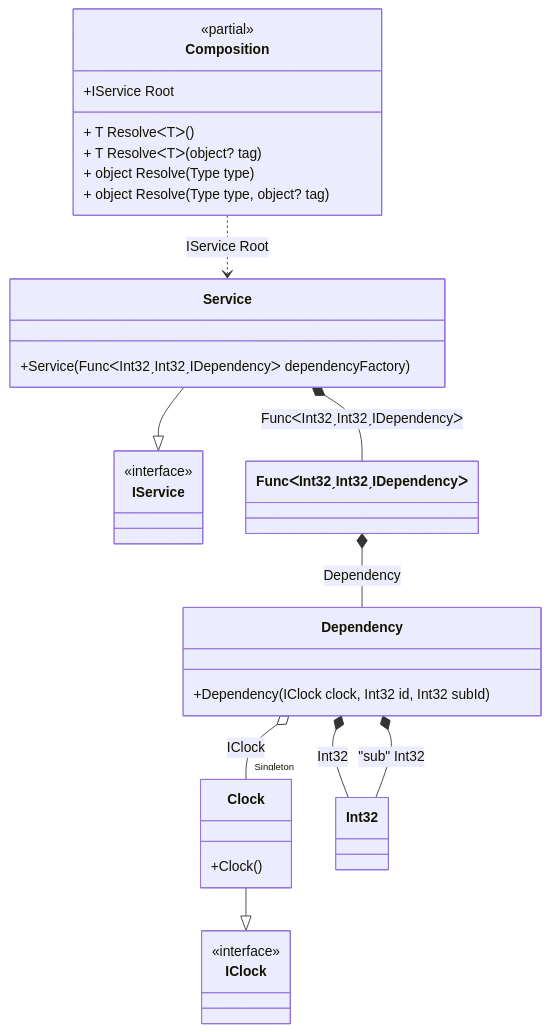
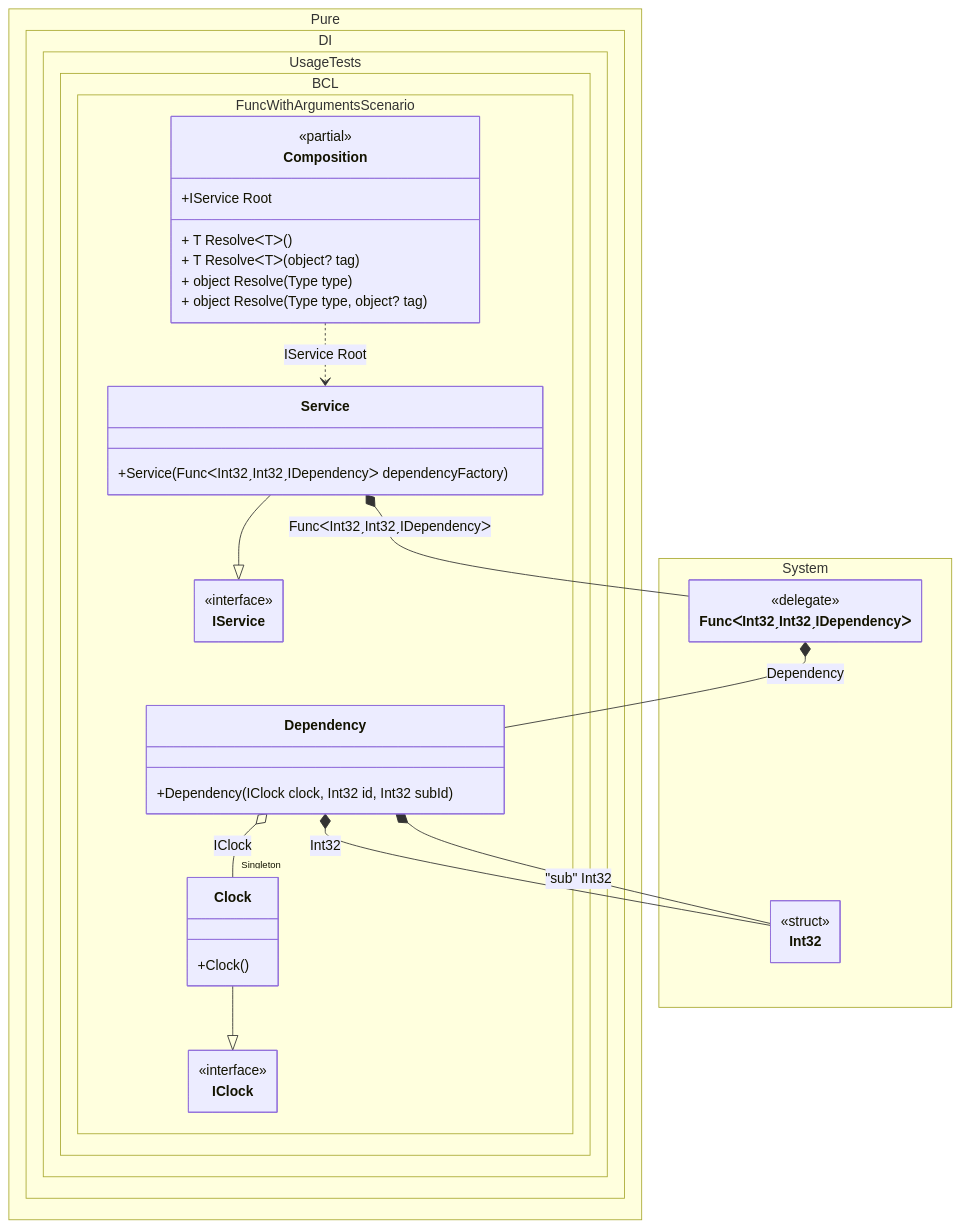
The diagram in readme/func-with-arguments.md (DevTeam/Pure.DI), drawn with Mermaid before and after one commit. The commit also changed 103 other files, not shown here.

Commit message:
Improved class diagrams

````diff
--- a/readme/func-with-arguments.md
+++ b/readme/func-with-arguments.md
@@ -258,36 +258,49 @@
 ```mermaid
+---
+ config:
+  class:
+   hideEmptyMembersBox: true
+---
 classDiagram
-	class Composition {
+	Service --|> IService
+	Clock --|> IClock
+	Composition ..> Service : IService Root
+	Service *--  FuncᐸInt32ˏInt32ˏIDependencyᐳ : FuncᐸInt32ˏInt32ˏIDependencyᐳ
+	FuncᐸInt32ˏInt32ˏIDependencyᐳ *--  Dependency : Dependency
+	Dependency o-- "Singleton" Clock : IClock
+	Dependency *--  Int32 : Int32
+	Dependency *--  Int32 : "sub"  Int32
+	namespace Pure.DI.UsageTests.BCL.FuncWithArgumentsScenario {
+		class Clock {
+			+Clock()
+		}
+		class Composition {
 		<<partial>>
 		+IService Root
 		+ T ResolveᐸTᐳ()
 		+ T ResolveᐸTᐳ(object? tag)
 		+ object Resolve(Type type)
 		+ object Resolve(Type type, object? tag)
+		}
+		class Dependency {
+			+Dependency(IClock clock, Int32 id, Int32 subId)
+		}
+		class IClock {
+			<<interface>>
+		}
+		class IService {
+			<<interface>>
+		}
+		class Service {
+			+Service(FuncᐸInt32ˏInt32ˏIDependencyᐳ dependencyFactory)
+		}
 	}
-	Service --|> IService
-	class Service {
-		+Service(FuncᐸInt32ˏInt32ˏIDependencyᐳ dependencyFactory)
+	namespace System {
+		class FuncᐸInt32ˏInt32ˏIDependencyᐳ {
+				<<delegate>>
+		}
+		class Int32 {
+				<<struct>>
+		}
 	}
-	class FuncᐸInt32ˏInt32ˏIDependencyᐳ
-	class Dependency {
-		+Dependency(IClock clock, Int32 id, Int32 subId)
-	}
-	Clock --|> IClock
-	class Clock {
-		+Clock()
-	}
-	class Int32
-	class IService {
-		<<interface>>
-	}
-	class IClock {
-		<<interface>>
-	}
-	Composition ..> Service : IService Root
-	Service *--  FuncᐸInt32ˏInt32ˏIDependencyᐳ : FuncᐸInt32ˏInt32ˏIDependencyᐳ
-	FuncᐸInt32ˏInt32ˏIDependencyᐳ *--  Dependency : Dependency
-	Dependency o-- "Singleton" Clock : IClock
-	Dependency *--  Int32 : Int32
-	Dependency *--  Int32 : "sub"  Int32
 ```
````
